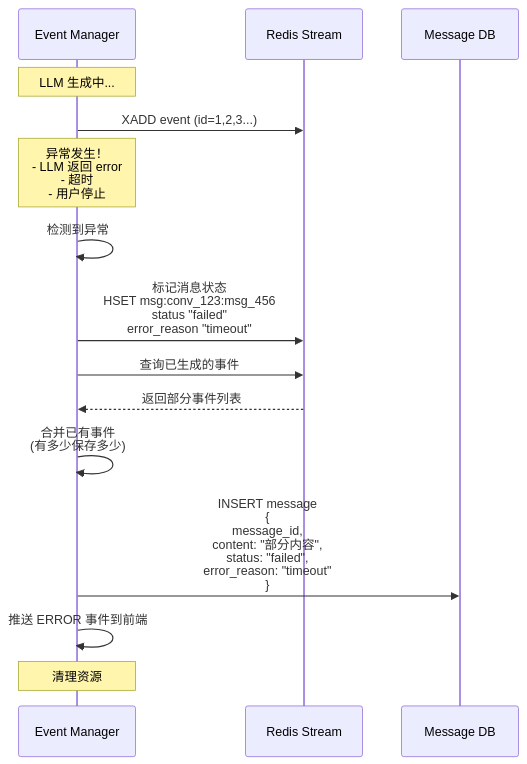
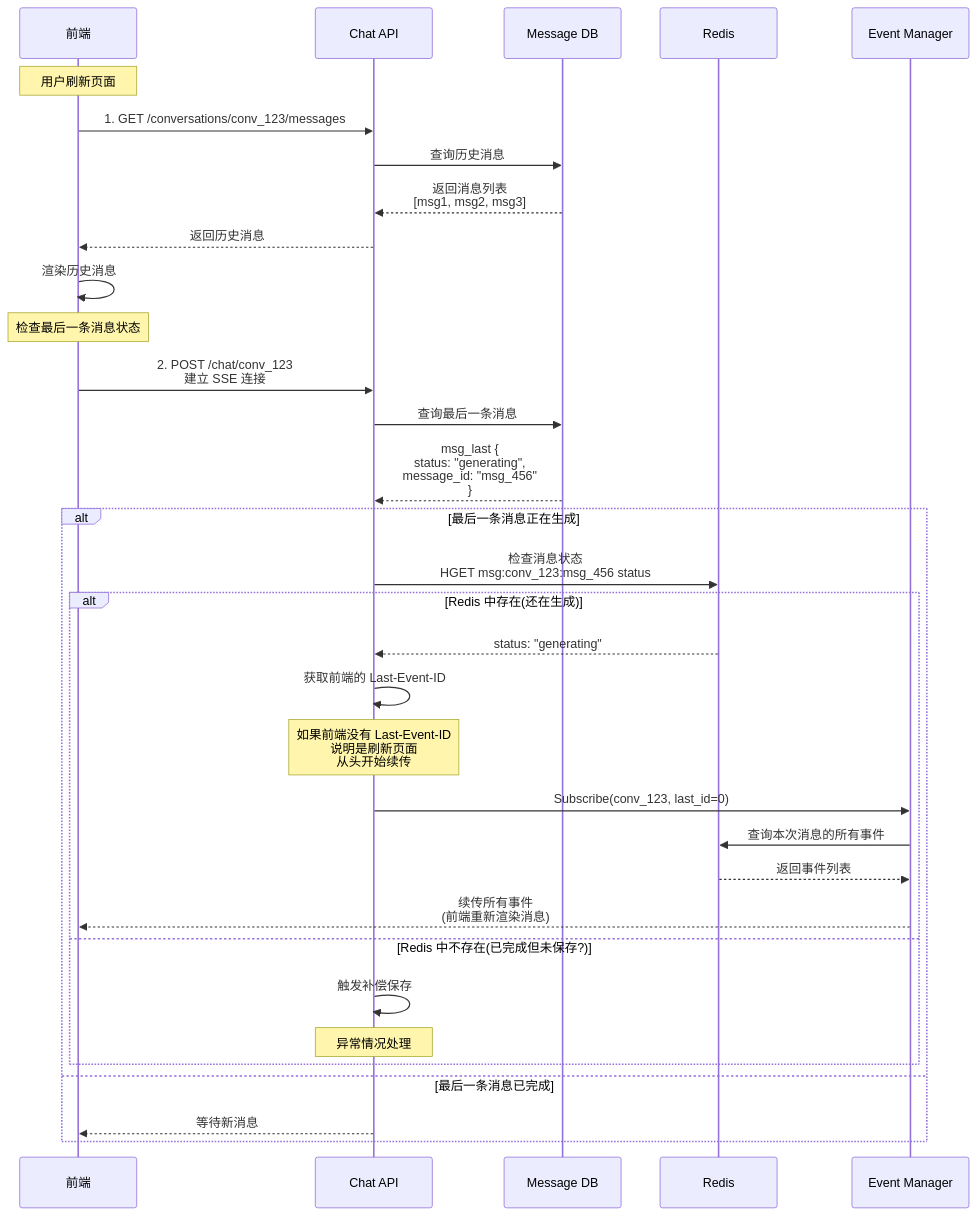
Before and after one commit to yingjianzh/iodraw-files: the diagram in all/未命名-10.md, drawn with Mermaid.

Commit message:
2025-12-24 09:58:27 update

````diff
--- a/all/未命名-10.md
+++ b/all/未命名-10.md
@@ -1,26 +1,49 @@
 ```mermaid
 sequenceDiagram
+    participant FE as 前端
+    participant API as Chat API
+    participant MsgDB as Message DB
+    participant Redis as Redis
     participant EM as Event Manager
-    participant Redis as Redis Stream
-    participant MsgDB as Message DB
     
-    Note over EM: LLM 生成中...
+    Note over FE: 用户刷新页面
     
-    EM->>Redis: XADD event (id=1,2,3...)
+    FE->>API: 1. GET /conversations/conv_123/messages
     
-    Note over EM: 异常发生！<br/>- LLM 返回 error<br/>- 超时<br/>- 用户停止
+    API->>MsgDB: 查询历史消息
+    MsgDB-->>API: 返回消息列表<br/>[msg1, msg2, msg3]
     
-    EM->>EM: 检测到异常
-    EM->>Redis: 标记消息状态<br/>HSET msg:conv_123:msg_456<br/>status "failed"<br/>error_reason "timeout"
+    API-->>FE: 返回历史消息
+    FE->>FE: 渲染历史消息
     
-    EM->>Redis: 查询已生成的事件
-    Redis-->>EM: 返回部分事件列表
+    Note over FE: 检查最后一条消息状态
     
-    EM->>EM: 合并已有事件<br/>(有多少保存多少)
+    FE->>API: 2. POST /chat/conv_123<br/>建立 SSE 连接
     
-    EM->>MsgDB: INSERT message<br/>{<br/>  message_id,<br/>  content: "部分内容",<br/>  status: "failed",<br/>  error_reason: "timeout"<br/>}
+    API->>MsgDB: 查询最后一条消息
+    MsgDB-->>API: msg_last {<br/>  status: "generating",<br/>  message_id: "msg_456"<br/>}
     
-    EM->>EM: 推送 ERROR 事件到前端
-    
-    Note over EM: 清理资源
+    alt 最后一条消息正在生成
+        API->>Redis: 检查消息状态<br/>HGET msg:conv_123:msg_456 status
+        
+        alt Redis 中存在(还在生成)
+            Redis-->>API: status: "generating"
+            
+            API->>API: 获取前端的 Last-Event-ID
+            Note over API: 如果前端没有 Last-Event-ID<br/>说明是刷新页面<br/>从头开始续传
+            
+            API->>EM: Subscribe(conv_123, last_id=0)
+            EM->>Redis: 查询本次消息的所有事件
+            Redis-->>EM: 返回事件列表
+            
+            EM-->>FE: 续传所有事件<br/>(前端重新渲染消息)
+            
+        else Redis 中不存在(已完成但未保存?)
+            API->>API: 触发补偿保存
+            Note over API: 异常情况处理
+        end
+        
+    else 最后一条消息已完成
+        API-->>FE: 等待新消息
+    end
 ```
````
